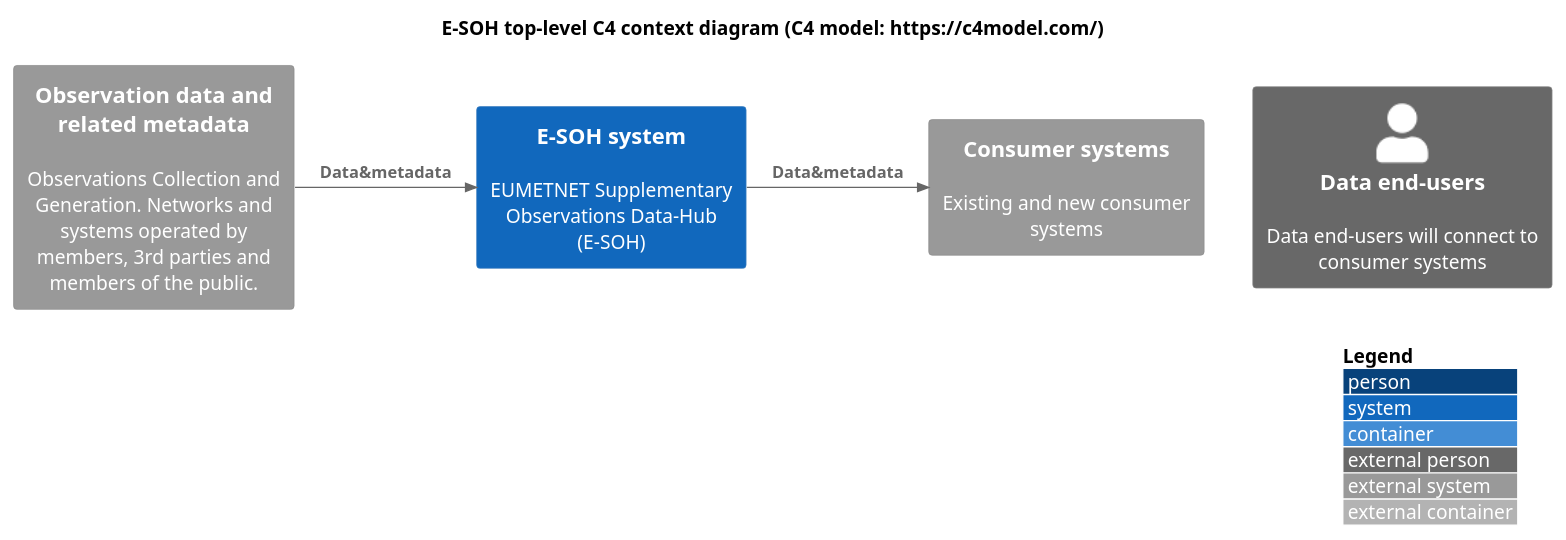
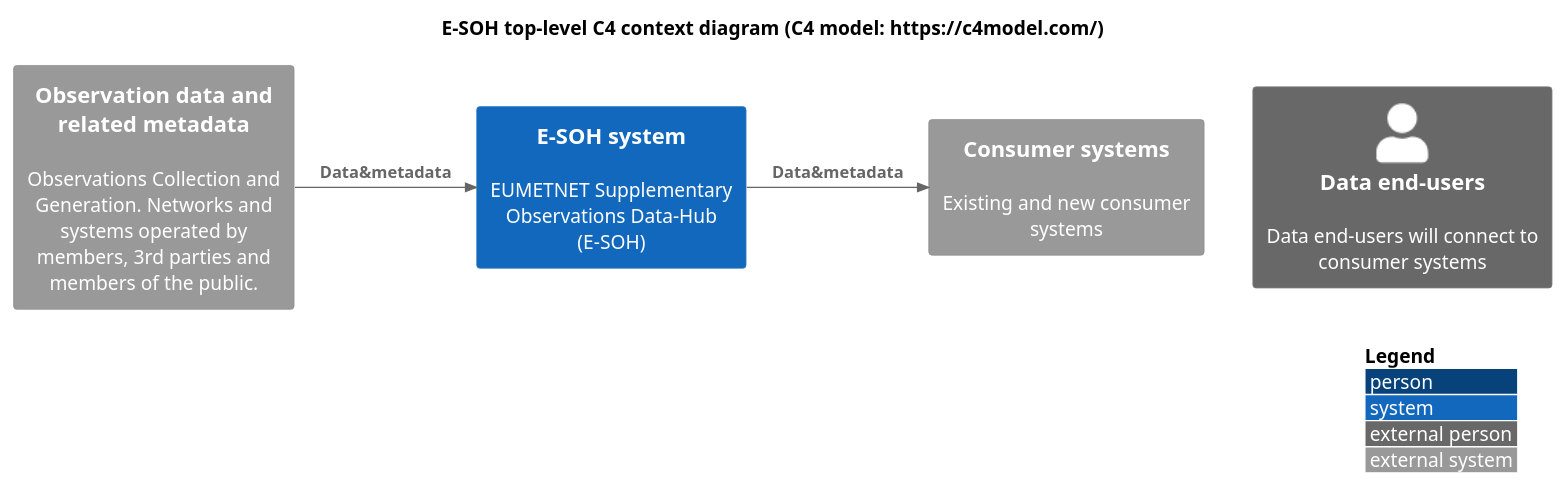
The diagram in 01-context-diagram-toplevel/E-SOH-C4-toplevel-context-diagram.puml (EURODEO/e-soh-c4), drawn with PlantUML before and after one commit. The commit also changed 2 other files, not shown here.

Commit message:
include update

```diff
--- a/01-context-diagram-toplevel/E-SOH-C4-toplevel-context-diagram.puml
+++ b/01-context-diagram-toplevel/E-SOH-C4-toplevel-context-diagram.puml
@@ -1,29 +1,29 @@
 @startuml "E-SOH-C4-toplevel-context-diagram"
 
-!include <C4/C4_Container>
+!include <C4/C4_Context>
 
 '!include https://raw.githubusercontent.com/plantuml-stdlib/C4-PlantUML/master/C4_Context.puml
 ' or use local:
 '!include C4_Context.puml
 
 'LAYOUT_TOP_DOWN()
 'LAYOUT_AS_SKETCH()
 LAYOUT_WITH_LEGEND()
 
 title E-SOH top-level C4 context diagram (C4 model: https://c4model.com/)
 
 System_Ext(srcsys, "Observation data and related metadata", "Observations Collection and Generation. Networks and systems operated by members, 3rd parties and members of the public.")
 System(esoh, "E-SOH system", "EUMETNET Supplementary Observations Data-Hub (E-SOH)")
 
 Rel_R(srcsys, esoh, "Data&metadata")
 
 System_Ext(consys, "Consumer systems", "Existing and new consumer systems")
 Person_Ext(enduser, "Data end-users", "Data end-users will connect to consumer systems")
 
 Rel_R(esoh, consys, "Data&metadata")
 
 'layout wishes:
 Lay_R(consys, enduser)
 
 
 @enduml
```
